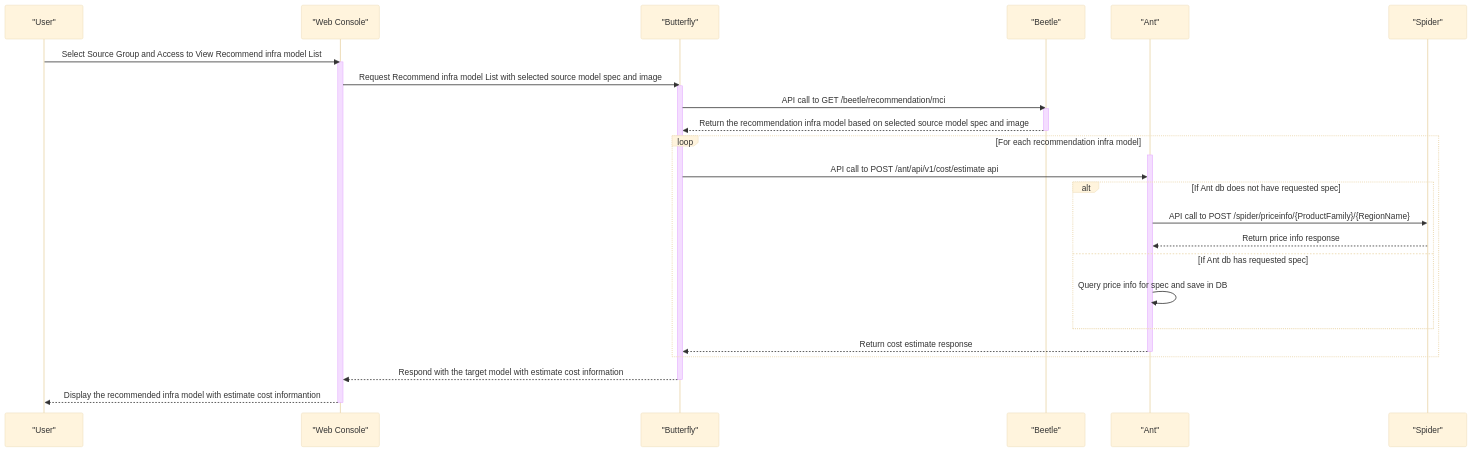
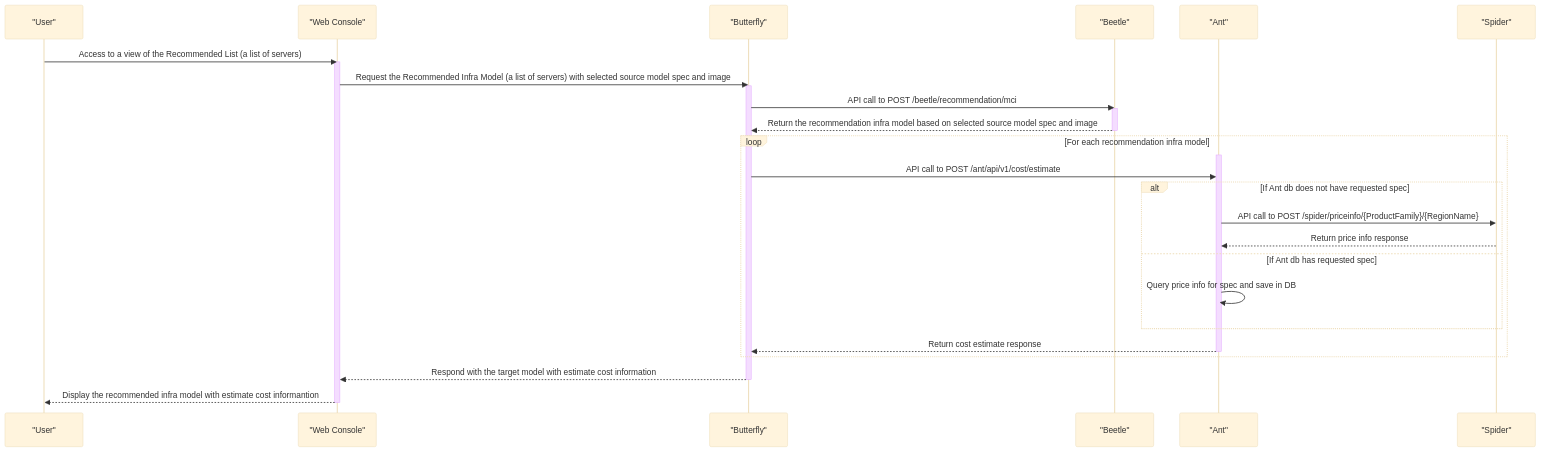
One commit to cloud-barista/cloud-migrator changed diagram 12 of 12 in docs/sequence-diagrams-for-user-scenarios.md. Above: the diagram before and after it, drawn with Mermaid (base theme).

Commit message:
Apply suggestions from code review
update sequence diagram for user scenarios

````diff
--- a/docs/sequence-diagrams-for-user-scenarios.md
+++ b/docs/sequence-diagrams-for-user-scenarios.md
@@ -665,43 +665,43 @@
 ```mermaid
 sequenceDiagram
     participant User as "User"
     participant Browser as "Web Console"
     participant Butterfly as "Butterfly"
     participant Beetle as "Beetle"
     participant Ant as "Ant"
     participant Spider as "Spider"
 	
 
-    User->>Browser: Select Source Group and Access to View Recommend infra model List
+    User->>Browser: Access to a view of the Recommended List (a list of servers)
     activate Browser
-    Browser->>Butterfly: Request Recommend infra model List with selected source model spec and image
+    Browser->>Butterfly: Request the Recommended Infra Model (a list of servers) with selected source model spec and image
     activate Butterfly
 	
     %% Retrieve the recommendation models list from Beetle
-	Butterfly->>Beetle: API call to GET /beetle/recommendation/mci
+	Butterfly->>Beetle: API call to POST /beetle/recommendation/mci
 	activate Beetle
 	Beetle-->>Butterfly: Return the recommendation infra model based on selected source model spec and image
 	deactivate Beetle
 
 
     %% Retrieve estimate cost infromations from Ant
 	loop For each recommendation infra model
 		activate Ant
-        Butterfly->>Ant: API call to POST /ant/api/v1/cost/estimate api
+        Butterfly->>Ant: API call to POST /ant/api/v1/cost/estimate
         
         alt If Ant db does not have requested spec
             Ant->>Spider: API call to POST /spider/priceinfo/{ProductFamily}/{RegionName}
             Spider-->>Ant: Return price info response
         else If Ant db has requested spec
             Ant ->> Ant: Query price info for spec and save in DB
         end    
 		Ant-->>Butterfly: Return cost estimate response
 		deactivate Ant
 	end
 
 	Butterfly-->>Browser: Respond with the target model with estimate cost information
     deactivate Butterfly
     Browser-->>User: Display the recommended infra model with estimate cost informantion
     deactivate Browser
 
 ```
````
